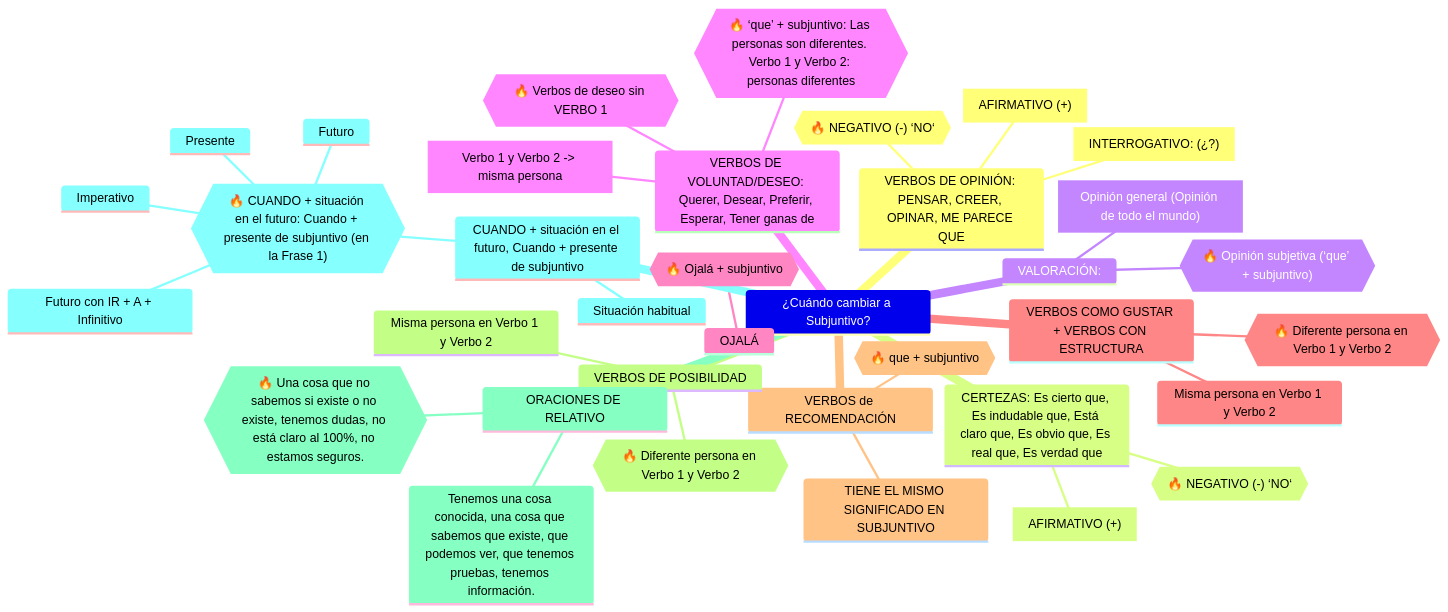
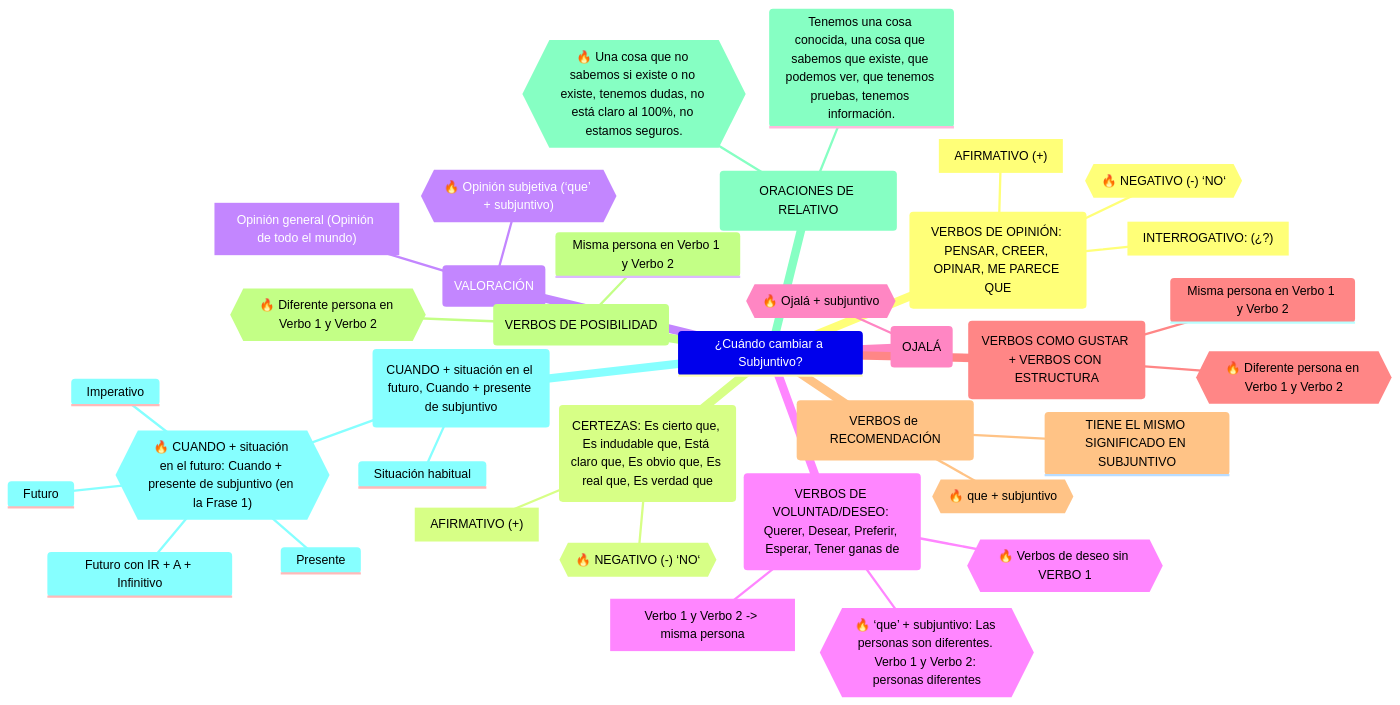
Before and after one commit to bibenga/docker-django-play: the second of 5 diagrams in test.md, drawn with Mermaid.

````diff
--- a/test.md
+++ b/test.md
@@ -65,39 +65,39 @@
 ```mermaid
 mindmap
 ¿Cuándo cambiar a Subjuntivo?
-    VERBOS DE OPINIÓN: PENSAR, CREER, OPINAR, ME PARECE QUE
+    (VERBOS DE OPINIÓN: PENSAR, CREER, OPINAR, ME PARECE QUE)
         ["AFIRMATIVO (+)"]
         ["INTERROGATIVO: (¿?)"]
         {{"🔥 NEGATIVO (-) ‘NO‘"}}
-    CERTEZAS: Es cierto que, Es indudable que, Está claro que, Es obvio que, Es real que, Es verdad que
+    (CERTEZAS: Es cierto que, Es indudable que, Está claro que, Es obvio que, Es real que, Es verdad que)
         ["AFIRMATIVO (+)"]
         {{"🔥 NEGATIVO (-) ‘NO‘"}}
-    VALORACIÓN:
+    (VALORACIÓN)
         ["Opinión general (Opinión de todo el mundo)"]
         {{"🔥 Opinión subjetiva (‘que’ + subjuntivo)"}}
-    VERBOS DE VOLUNTAD/DESEO: Querer, Desear, Preferir, Esperar, Tener ganas de
+    (VERBOS DE VOLUNTAD/DESEO: Querer, Desear, Preferir, Esperar, Tener ganas de)
         ["Verbo 1 y Verbo 2 -> misma persona"]
         {{"🔥 ‘que’ + subjuntivo: Las personas son diferentes. Verbo 1 y Verbo 2: personas diferentes"}}
         {{🔥 Verbos de deseo sin VERBO 1}}
-    OJALÁ
+    (OJALÁ)
         {{"🔥 Ojalá + subjuntivo"}}
-    VERBOS COMO GUSTAR + VERBOS CON ESTRUCTURA
+    (VERBOS COMO GUSTAR + VERBOS CON ESTRUCTURA)
         Misma persona en Verbo 1 y Verbo 2
         {{"🔥 Diferente persona en Verbo 1 y Verbo 2"}}
-    VERBOS de RECOMENDACIÓN
+    (VERBOS de RECOMENDACIÓN)
         TIENE EL MISMO SIGNIFICADO EN SUBJUNTIVO
         {{"🔥 que + subjuntivo"}}
-    VERBOS DE POSIBILIDAD
+    (VERBOS DE POSIBILIDAD)
         Misma persona en Verbo 1 y Verbo 2
         {{"🔥 Diferente persona en Verbo 1 y Verbo 2"}}
-    ORACIONES DE RELATIVO
+    (ORACIONES DE RELATIVO)
         Tenemos una cosa conocida, una cosa que sabemos que existe, que podemos ver, que tenemos pruebas, tenemos información.
         {{"🔥 Una cosa que no sabemos si existe o no existe, tenemos dudas, no está claro al 100%, no estamos seguros."}}
-    CUANDO + situación en el futuro, Cuando + presente de subjuntivo
+    (CUANDO + situación en el futuro, Cuando + presente de subjuntivo)
         Situación habitual
         {{"🔥 CUANDO + situación en el futuro: Cuando + presente de subjuntivo (en la Frase 1)"}}
                 Presente
                 Futuro con IR + A + Infinitivo
                 Futuro
                 Imperativo
 ```
````
